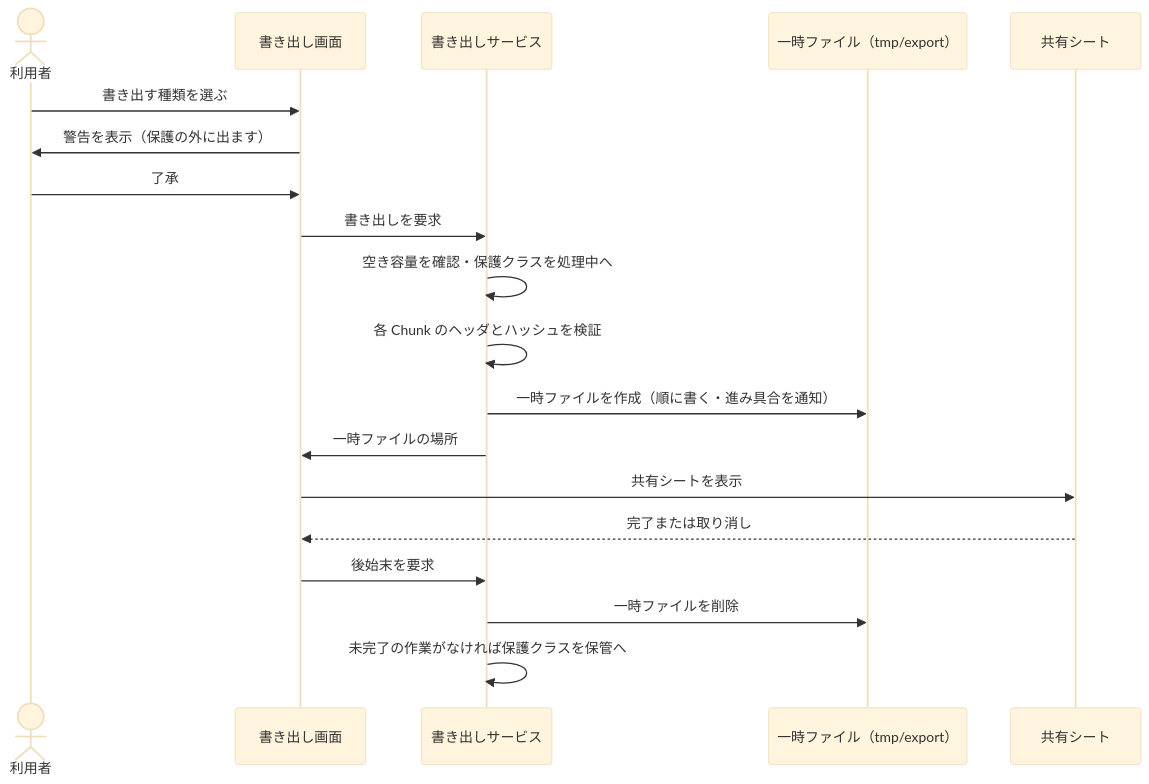
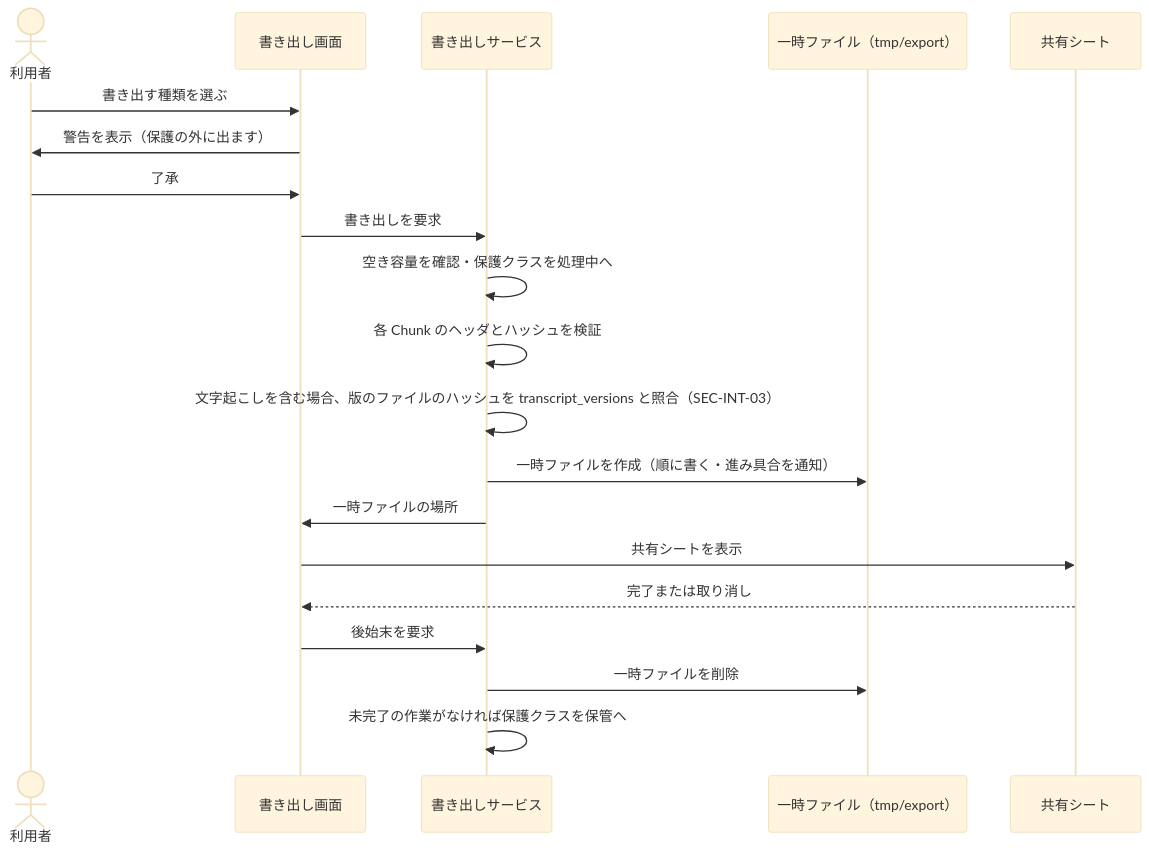
The diagram in docs/02-basic-design/export.md (myoshi2891/Minutes-Mobile), drawn with Mermaid (base theme) before and after one commit. The commit also changed other lines of this file and 1 other file, not shown here.

Commit message:
docs(design): 版ファイル完全性検証(SEC-INT-03)とOverlap条件変化時のジョブ再生成を反映

````diff
--- a/docs/02-basic-design/export.md
+++ b/docs/02-basic-design/export.md
@@ -56,21 +56,22 @@
 ```mermaid
 sequenceDiagram
     actor U as 利用者
     participant V as 書き出し画面
     participant E as 書き出しサービス
     participant T as 一時ファイル（tmp/export）
     participant S as 共有シート
     U->>V: 書き出す種類を選ぶ
     V->>U: 警告を表示（保護の外に出ます）
     U->>V: 了承
     V->>E: 書き出しを要求
     E->>E: 空き容量を確認・保護クラスを処理中へ
     E->>E: 各 Chunk のヘッダとハッシュを検証
+    E->>E: 文字起こしを含む場合、版のファイルのハッシュを transcript_versions と照合（SEC-INT-03）
     E->>T: 一時ファイルを作成（順に書く・進み具合を通知）
     E->>V: 一時ファイルの場所
     V->>S: 共有シートを表示
     S-->>V: 完了または取り消し
     V->>E: 後始末を要求
     E->>T: 一時ファイルを削除
     E->>E: 未完了の作業がなければ保護クラスを保管へ
 ```
````
